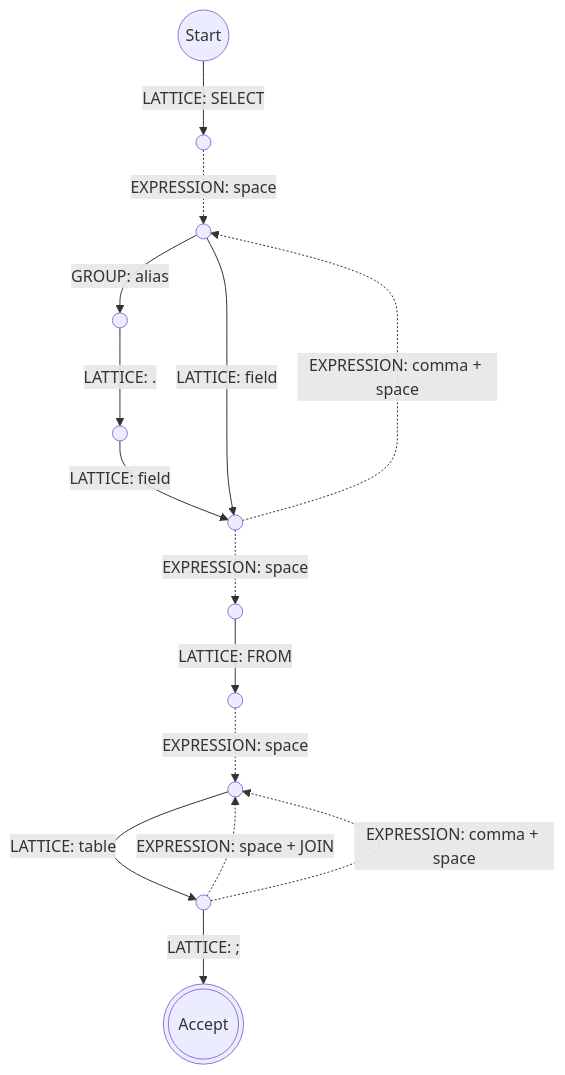
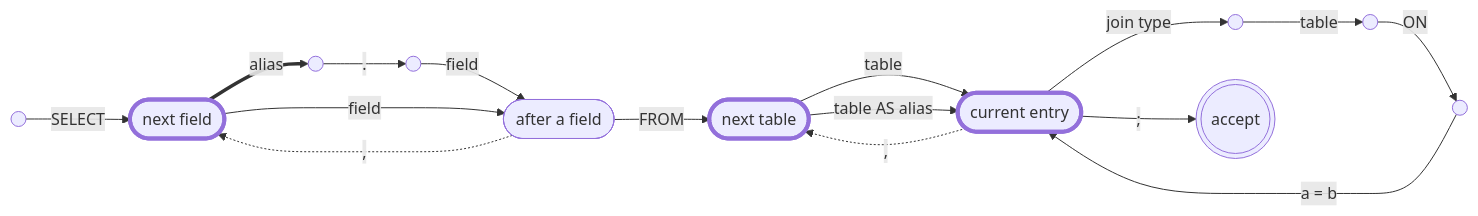
One commit to pinting/oraculum changed the second of 2 diagrams in README.md. Above: the diagram before and after it, drawn with Mermaid. The commit also changed other lines of this file, not shown here.

````diff
--- a/README.md
+++ b/README.md
@@ -179,22 +179,27 @@
 ```mermaid
-graph TD
-    Start((Start)) -->|LATTICE: SELECT| S1(( ))
-    S1 -.->|EXPRESSION: space| F1(( ))
+graph LR
+    q0(( )) -->|SELECT| ref
 
-    F1 -->|GROUP: alias| A1(( ))
-    A1 -->|LATTICE: .| D1(( ))
-    D1 -->|LATTICE: field| F2(( ))
-    F1 -->|LATTICE: field| F2
+    ref(["next field"]) ==>|alias| q1(( ))
+    q1 -->|"."| q2(( ))
+    q2 -->|field| more(["after a field"])
+    ref -->|field| more
 
-    F2 -.->|EXPRESSION: comma + space| F1
-    F2 -.->|EXPRESSION: space| FROM(( ))
+    more -.->|","| ref
+    more -->|FROM| entry
 
-    FROM -->|LATTICE: FROM| S2(( ))
-    S2 -.->|EXPRESSION: space| E1(( ))
+    entry(["next table"]) -->|table| head(["current entry"])
+    entry -->|"table AS alias"| head
 
-    E1 -->|LATTICE: table| J1(( ))
-    
-    J1 -.->|EXPRESSION: space + JOIN| E1
-    J1 -.->|EXPRESSION: comma + space| E1
-    J1 -->|LATTICE: ;| Accept(((Accept)))
+    head -->|"join type"| j1(( ))
+    j1 -->|table| j2(( ))
+    j2 -->|ON| j3(( ))
+    j3 -->|"a = b"| head
+
+    head -.->|","| entry
+    head -->|";"| accept(((accept)))
+
+    style ref stroke-width:4px
+    style entry stroke-width:4px
+    style head stroke-width:4px
 ```
````
